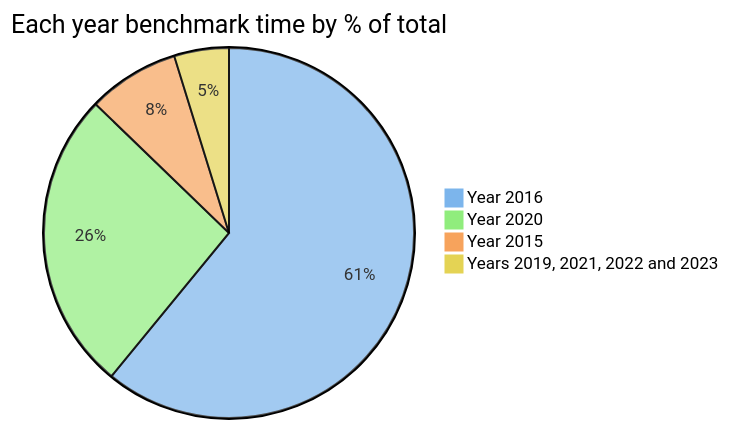
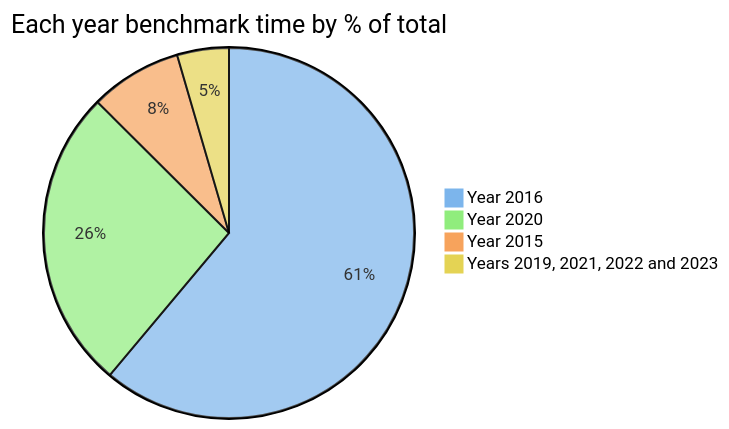
The first of 8 diagrams in README.md (maneatingape/advent-of-code-rust), drawn with Mermaid before and after one commit. The commit also changed other lines of this file, not shown here.

````diff
--- a/README.md
+++ b/README.md
@@ -68,9 +68,9 @@
 ```mermaid
 %%{init: {"themeVariables": { "pie1": "#7cb5ec", "pie2": "#90ed7d", "pie3": "#f7a35c", "pie4": "#e4d354", "pie5": "#e4c4fb", "pie6": "#c6cdd5"}}}%%
 pie
     title Each year benchmark time by % of total
     "Year 2016" : 663
     "Year 2020" : 286
     "Year 2015" : 87
-    "Years 2019, 2021, 2022 and 2023" : 52
+    "Years 2019, 2021, 2022 and 2023" : 49
 ```
````
